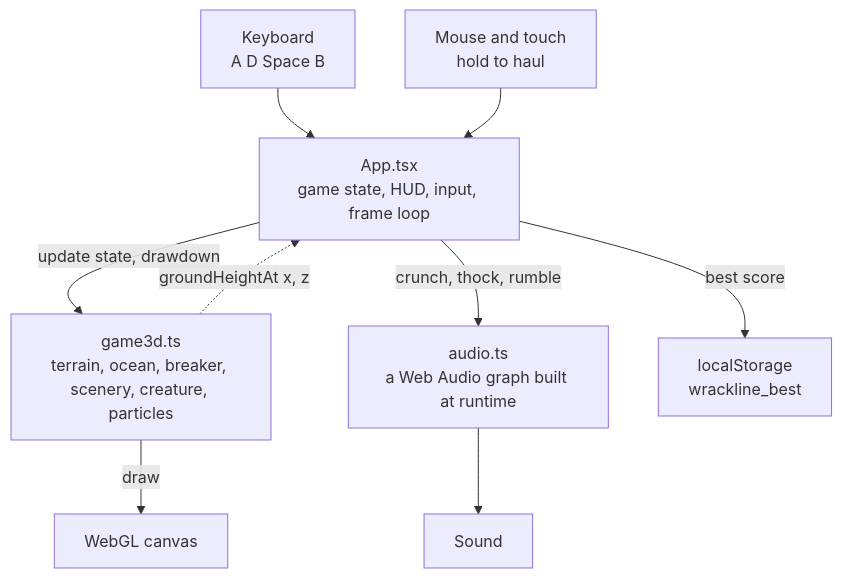
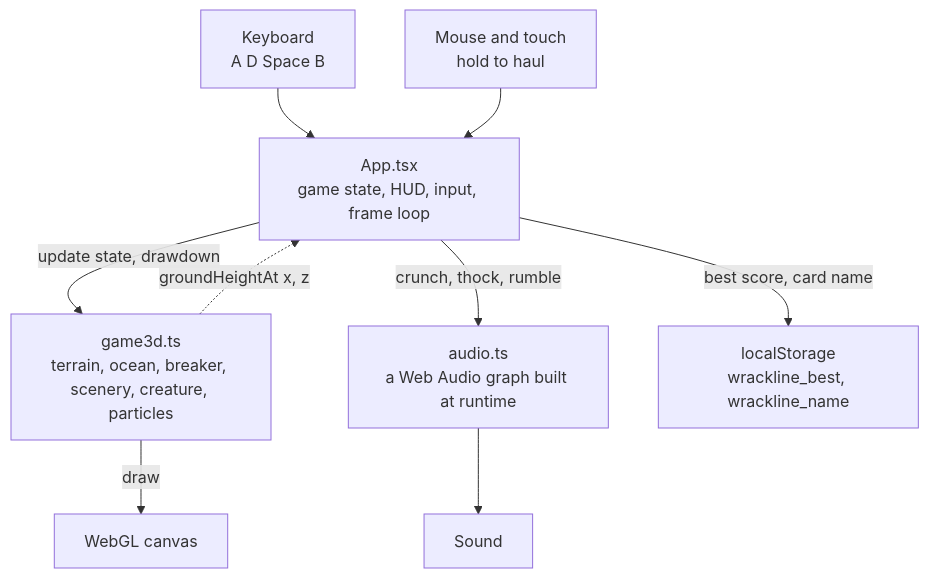
One commit to thesithunyein/wrackline changed the fourth of 4 diagrams in README.md. Above: the diagram before and after it, drawn with Mermaid. The commit also changed other lines of this file and 5 other files, not shown here.

First line of the commit message:
feat: save a signed score card from the end screen

````diff
--- a/README.md
+++ b/README.md
@@ -178,11 +178,11 @@
 ```mermaid
 flowchart TD
   Keys["Keyboard<br/>A D Space B"] --> App
   Pointer["Mouse and touch<br/>hold to haul"] --> App
   App["App.tsx<br/>game state, HUD, input, frame loop"] -->|"update state, drawdown"| Engine["game3d.ts<br/>terrain, ocean, breaker, scenery, creature, particles"]
   Engine -->|"draw"| Canvas["WebGL canvas"]
   App -->|"crunch, thock, rumble"| Audio["audio.ts<br/>a Web Audio graph built at runtime"]
   Audio --> Speakers["Sound"]
-  App -->|"best score"| Store["localStorage<br/>wrackline_best"]
+  App -->|"best score, card name"| Store["localStorage<br/>wrackline_best, wrackline_name"]
   Engine -.->|"groundHeightAt x, z"| App
 ```
````
